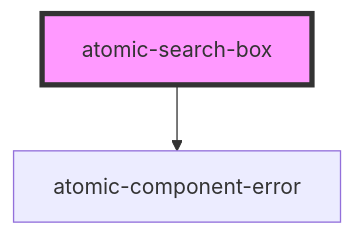
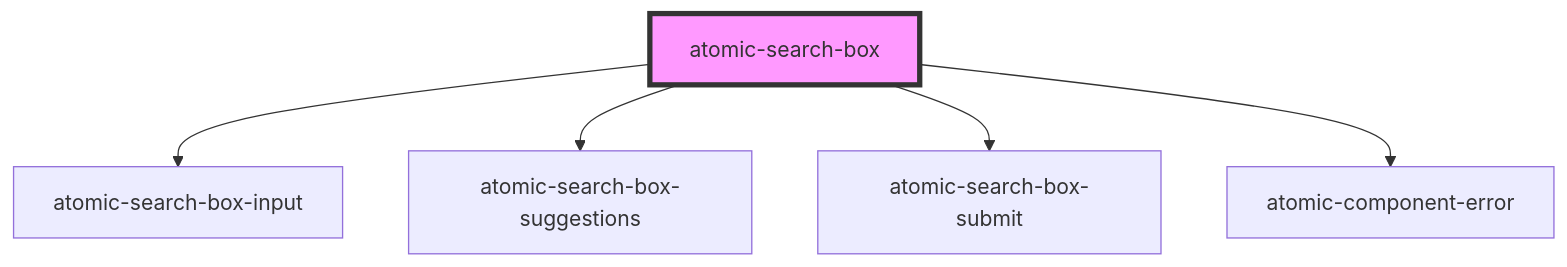
The diagram in packages/atomic/src/components/atomic-search-box/readme.md (coveo/ui-kit), drawn with Mermaid before and after one commit. The commit also changed other lines of this file and 16 other files, not shown here.

Commit message:
Merged in KIT-182 (pull request #174) feat(atomic): Atomic Search Box Slotted Elements https://coveord.atlassian.net/browse/KIT-182

````diff
--- a/packages/atomic/src/components/atomic-search-box/readme.md
+++ b/packages/atomic/src/components/atomic-search-box/readme.md
@@ -22,5 +25,8 @@
 ```mermaid
 graph TD;
+  atomic-search-box --> atomic-search-box-input
+  atomic-search-box --> atomic-search-box-suggestions
+  atomic-search-box --> atomic-search-box-submit
   atomic-search-box --> atomic-component-error
   style atomic-search-box fill:#f9f,stroke:#333,stroke-width:4px
 ```
````
